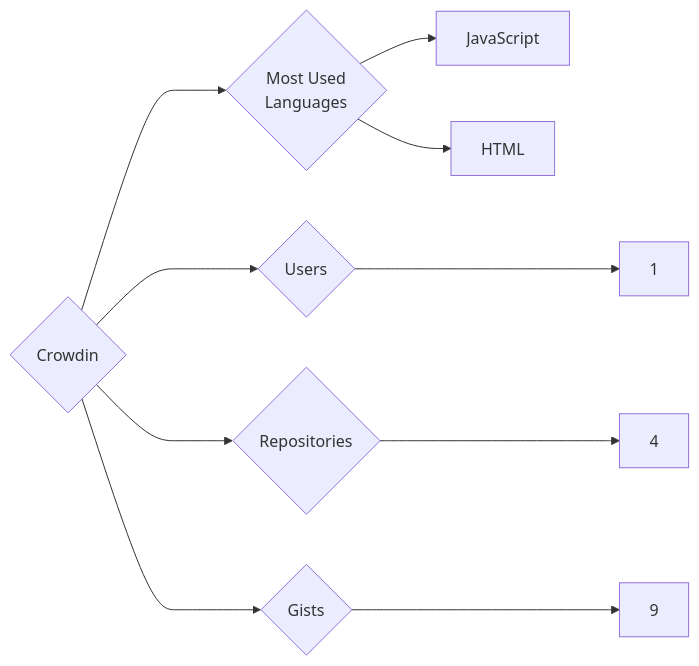
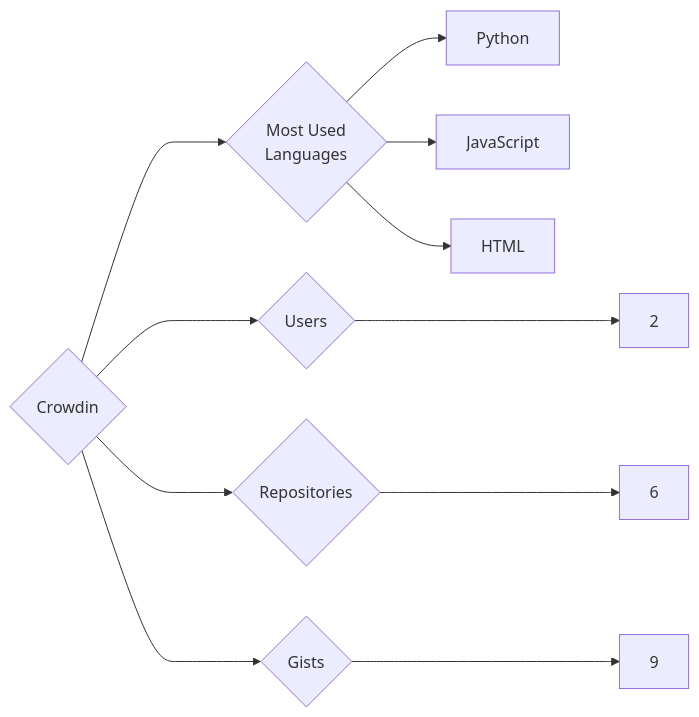
The diagram in targets/Crowdin/README.md (trickest/insiders), drawn with Mermaid before and after one commit. The commit also changed 553 other files, not shown here.

````diff
--- a/targets/Crowdin/README.md
+++ b/targets/Crowdin/README.md
@@ -3,10 +3,11 @@
 ```mermaid
 graph LR
 COMPANY_NAME{Crowdin}
-COMPANY_NAME ---> U{Users} ---> UN[1]
-COMPANY_NAME ---> R{Repositories} ---> RN[4]
+COMPANY_NAME ---> U{Users} ---> UN[2]
+COMPANY_NAME ---> R{Repositories} ---> RN[6]
 COMPANY_NAME ---> G{Gists} ---> GN[9]
 COMPANY_NAME ---> ML{Most Used<br>Languages}
+ML --> Python[Python]
 ML --> JavaScript[JavaScript]
 ML --> HTML[HTML]
 ```
````
